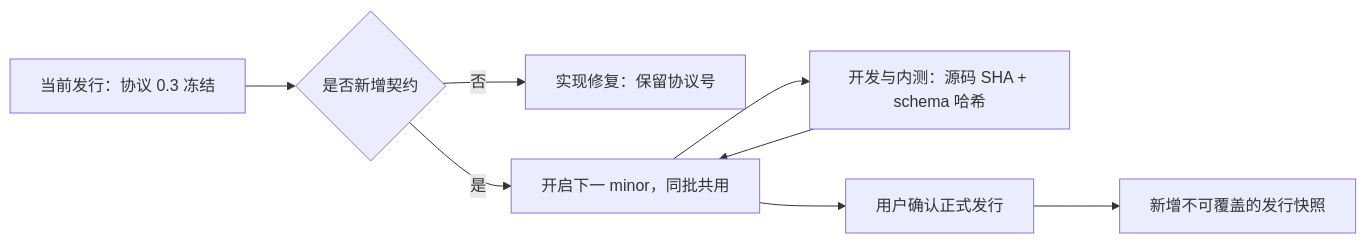
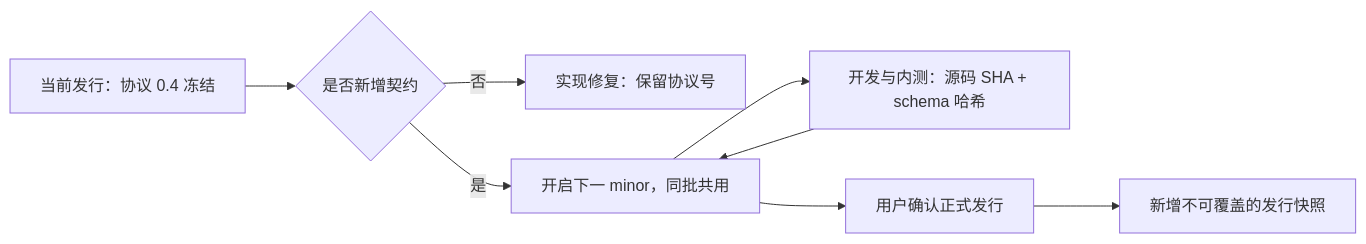
One commit to virjar/team-talk changed the first of 3 diagrams in doc/04-protocol/versioning.md. Above: the diagram before and after it, drawn with Mermaid. The commit also changed other lines of this file and 9 other files, not shown here.

````diff
--- a/doc/04-protocol/versioning.md
+++ b/doc/04-protocol/versioning.md
@@ -46,10 +46,10 @@
 ```mermaid
 flowchart LR
-    Frozen["当前发行：协议 0.3 冻结"] --> New{"是否新增契约"}
+    Frozen["当前发行：协议 0.4 冻结"] --> New{"是否新增契约"}
     New -->|否| Fix["实现修复：保留协议号"]
     New -->|是| Pending["开启下一 minor，同批共用"]
     Pending --> QA["开发与内测：源码 SHA + schema 哈希"]
     QA --> Pending
     Pending --> Approval["用户确认正式发行"]
     Approval --> Next["新增不可覆盖的发行快照"]
 ```
````
